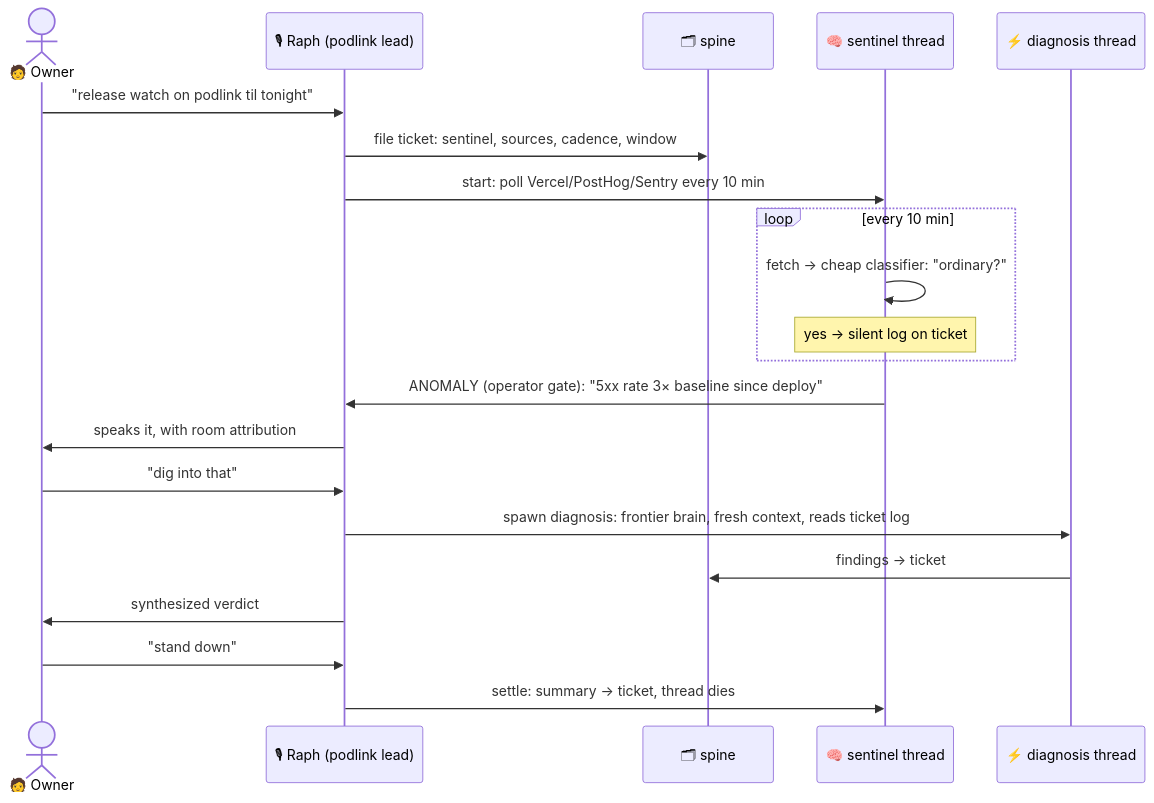
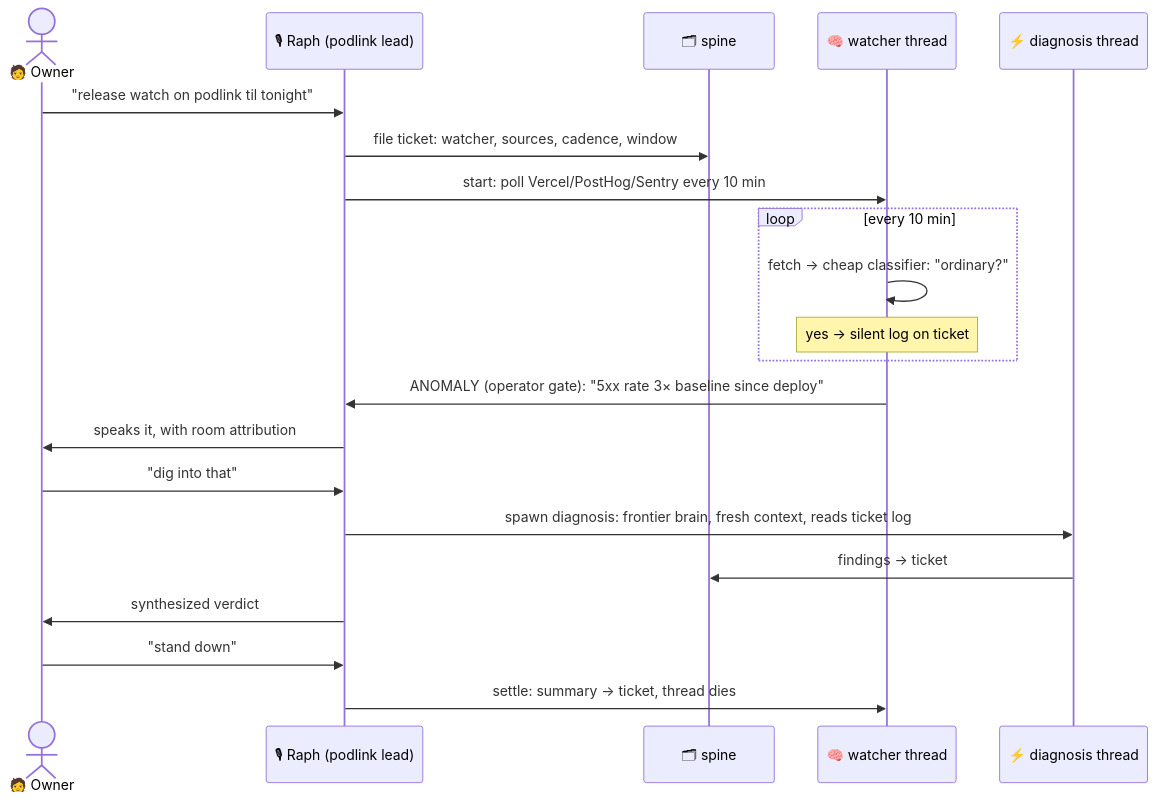
One commit to dougiefresh49/room-of-devs changed the third of 4 diagrams in docs/active/architecture-concepts/05-rooms-brains-sentinels.md. Above: the diagram before and after it, drawn with Mermaid. The commit also changed other lines of this file and 2 other files, not shown here.

First line of the commit message:
docs(#73): fold in George's review — rooms as manifest, routing-table brains, sentinel→watcher + spine gate, 08-spine-mechanics; spine validation experiment queued in STATUS

````diff
--- a/docs/active/architecture-concepts/05-rooms-brains-sentinels.md
+++ b/docs/active/architecture-concepts/05-rooms-brains-sentinels.md
@@ -85,24 +109,24 @@
 ```mermaid
 sequenceDiagram
   actor O as 🧑 Owner
   participant M as 🎙 Raph (podlink lead)
   participant TM as 🗂 spine
-  participant W as 🧠 sentinel thread
+  participant W as 🧠 watcher thread
   participant D as ⚡ diagnosis thread
 
   O->>M: "release watch on podlink til tonight"
-  M->>TM: file ticket: sentinel, sources, cadence, window
+  M->>TM: file ticket: watcher, sources, cadence, window
   M->>W: start: poll Vercel/PostHog/Sentry every 10 min
   loop every 10 min
     W->>W: fetch → cheap classifier: "ordinary?"
     Note over W: yes → silent log on ticket
   end
   W->>M: ANOMALY (operator gate): "5xx rate 3× baseline since deploy"
   M->>O: speaks it, with room attribution
   O->>M: "dig into that"
   M->>D: spawn diagnosis: frontier brain, fresh context, reads ticket log
   D->>TM: findings → ticket
   M->>O: synthesized verdict
   O->>M: "stand down"
   M->>W: settle: summary → ticket, thread dies
 ```
````
